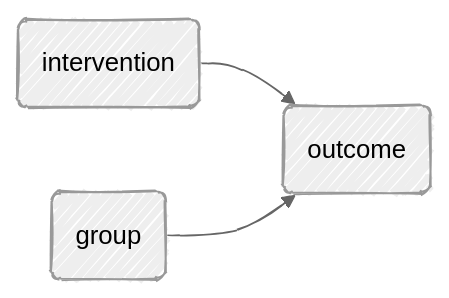
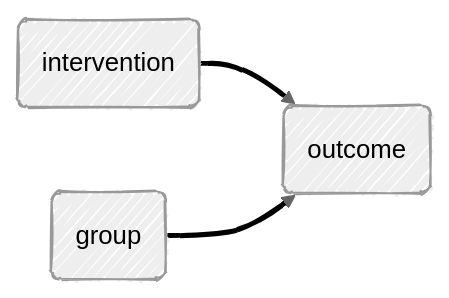
Before and after one commit to agrogan1/closeread: the second of 2 diagrams in multivariate/multivariate.md, drawn with Mermaid. The commit also changed other lines of this file, not shown here.

Commit message:
Add link styles to flowchart in multivariate.md

````diff
--- a/multivariate/multivariate.md
+++ b/multivariate/multivariate.md
@@ -24,14 +26,16 @@
 ```mermaid
 ---
 config:
   look: handDrawn
   theme: neutral
 ---
 
 flowchart LR
 
   intervention(intervention) --> outcome(outcome)
 
   group(group) --> outcome(outcome)
 
+  linkStyle 0,1 stroke:#000000,stroke-width:3px,font-size:36px,color:black;
+
 ```
````
